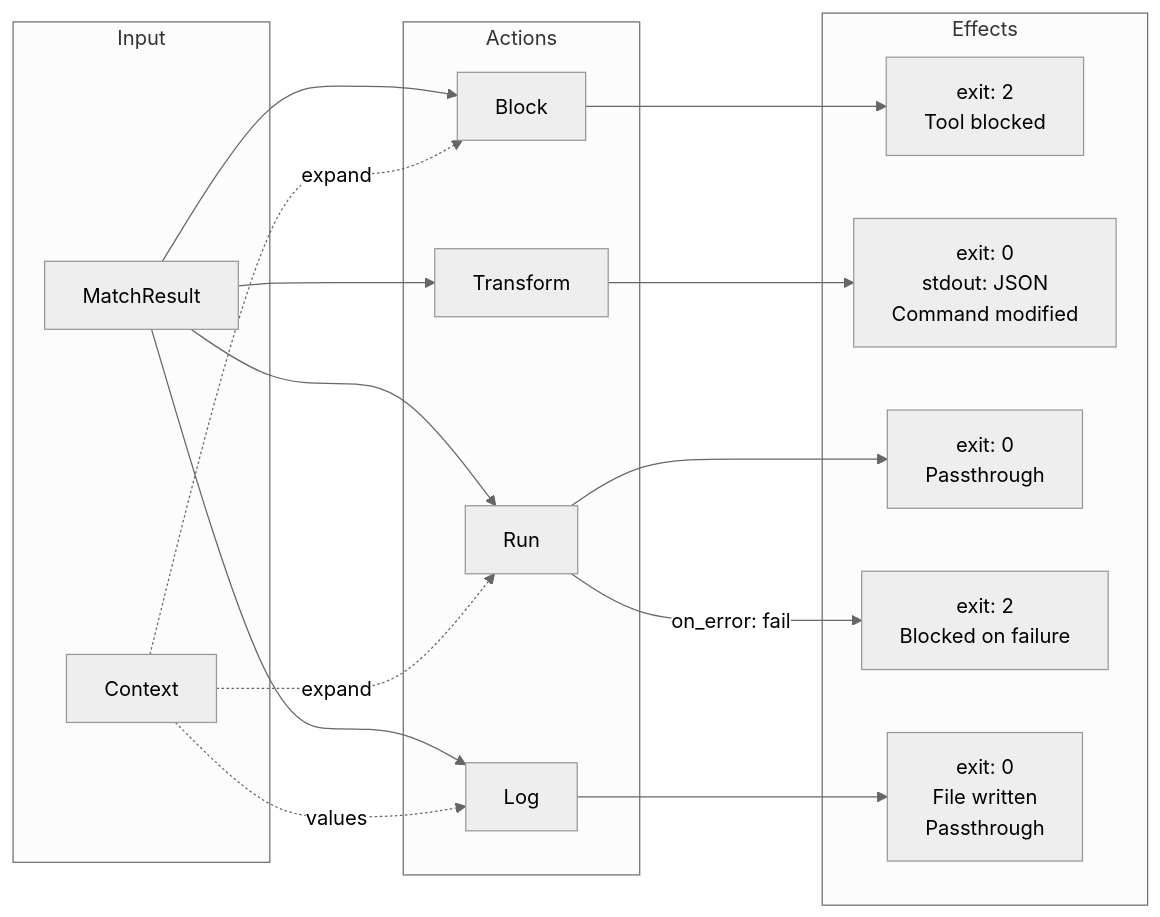
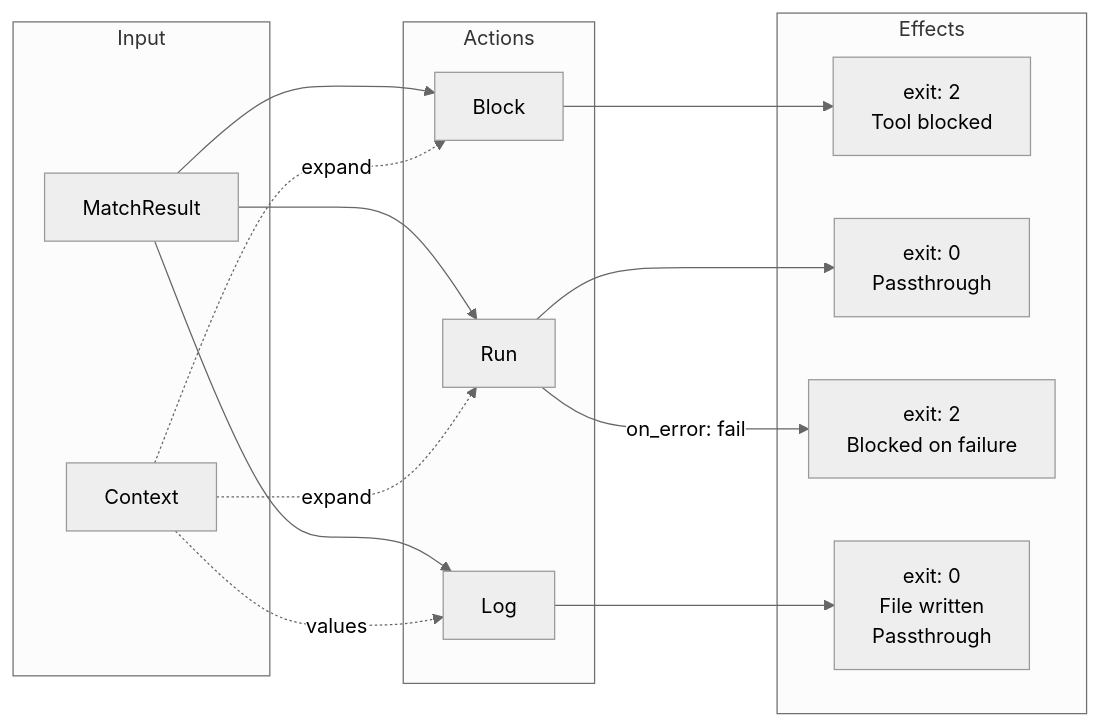
One commit to 1gy/cchooked changed the sixth of 8 diagrams in docs/ARCHITECTURE.md. Above: the diagram before and after it, drawn with Mermaid (neutral theme). The commit also changed other lines of this file and 8 other files, not shown here.

````diff
--- a/docs/ARCHITECTURE.md
+++ b/docs/ARCHITECTURE.md
@@ -268,32 +258,29 @@
 ```mermaid
 flowchart LR
     subgraph Input
         MR[MatchResult]
         CTX[Context]
     end
 
     subgraph Actions
         BLOCK[Block]
-        TRANSFORM[Transform]
         RUN[Run]
         LOG[Log]
     end
 
     subgraph Effects
         E1[exit: 2<br/>Tool blocked]
-        E2[exit: 0<br/>stdout: JSON<br/>Command modified]
         E3A[exit: 0<br/>Passthrough]
         E3B[exit: 2<br/>Blocked on failure]
         E4[exit: 0<br/>File written<br/>Passthrough]
     end
 
     MR --> BLOCK --> E1
-    MR --> TRANSFORM --> E2
     MR --> RUN --> E3A
     RUN -->|on_error: fail| E3B
     MR --> LOG --> E4
 
     CTX -.->|expand| BLOCK
     CTX -.->|expand| RUN
     CTX -.->|values| LOG
 ```
````
